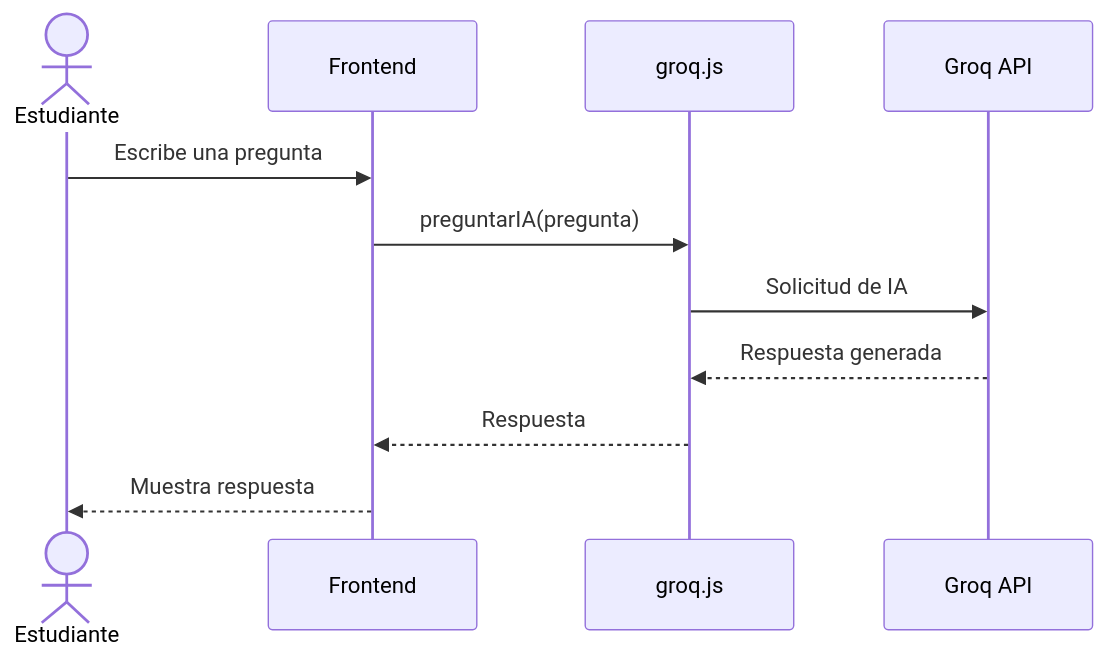
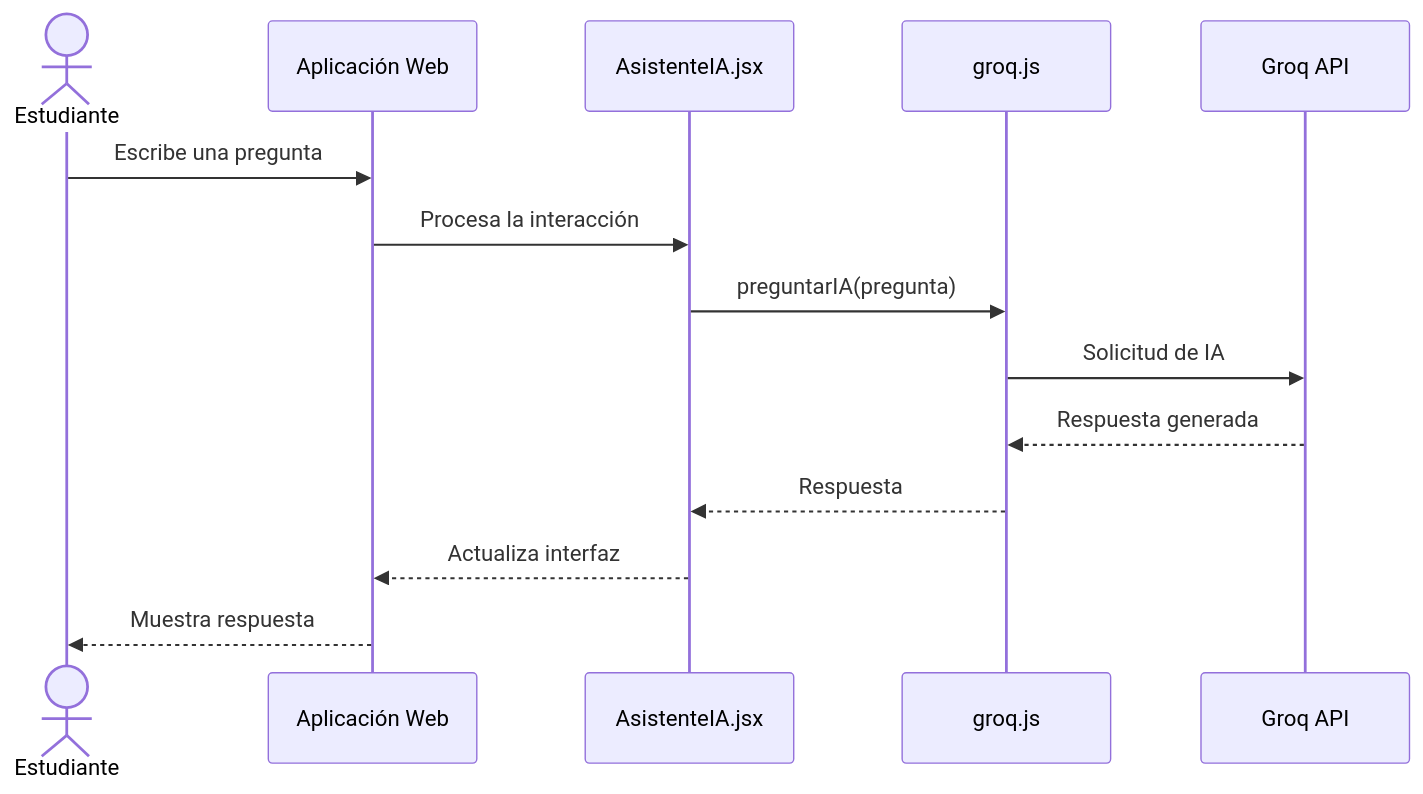
One commit to pinzon0930-boop/NEVI changed the tenth of 10 diagrams in dossier/08-c4-Trazabilidad.md. Above: the diagram before and after it, drawn with Mermaid. The commit also changed other lines of this file, not shown here.

````diff
--- a/dossier/08-c4-Trazabilidad.md
+++ b/dossier/08-c4-Trazabilidad.md
@@ -500,15 +586,18 @@
 ```mermaid
 sequenceDiagram
 
     actor Estudiante
-    participant FE as Frontend
+    participant FE as Aplicación Web
+    participant COMP as AsistenteIA.jsx
     participant IA as groq.js
     participant G as Groq API
 
     Estudiante->>FE: Escribe una pregunta
-    FE->>IA: preguntarIA(pregunta)
+    FE->>COMP: Procesa la interacción
+    COMP->>IA: preguntarIA(pregunta)
     IA->>G: Solicitud de IA
     G-->>IA: Respuesta generada
-    IA-->>FE: Respuesta
+    IA-->>COMP: Respuesta
+    COMP-->>FE: Actualiza interfaz
     FE-->>Estudiante: Muestra respuesta
 ```
````
